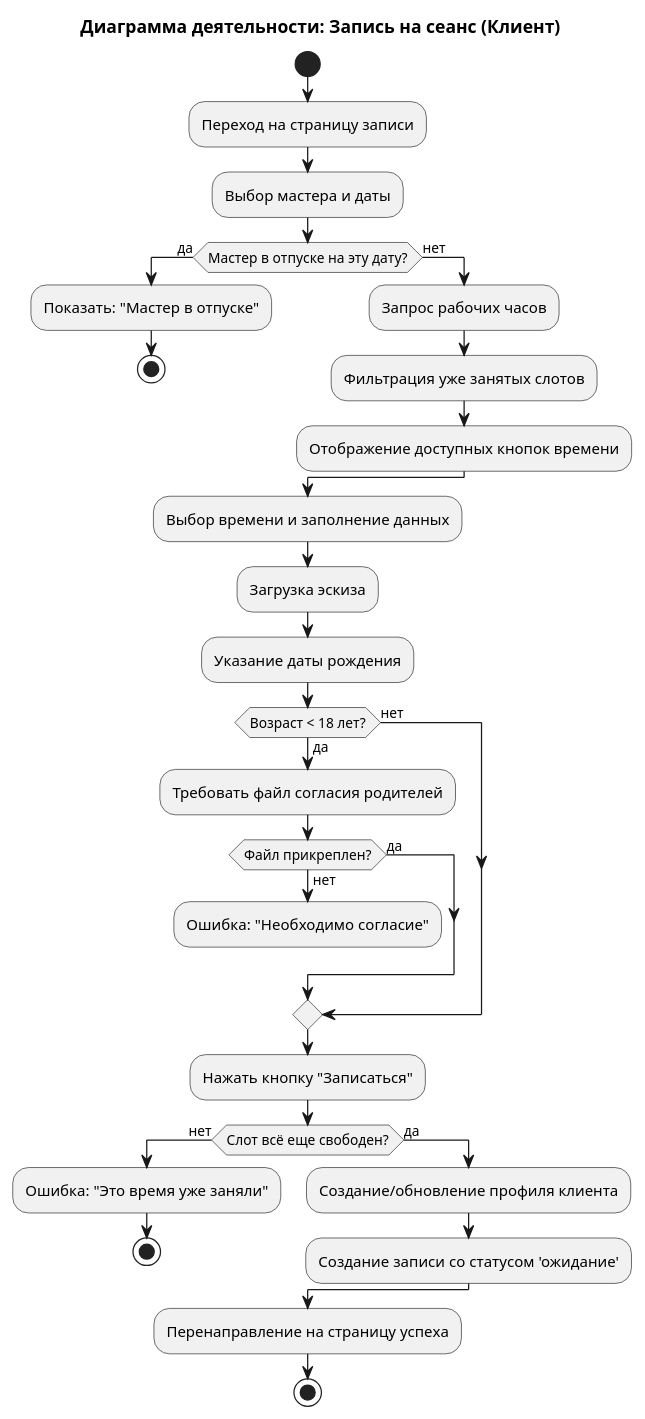
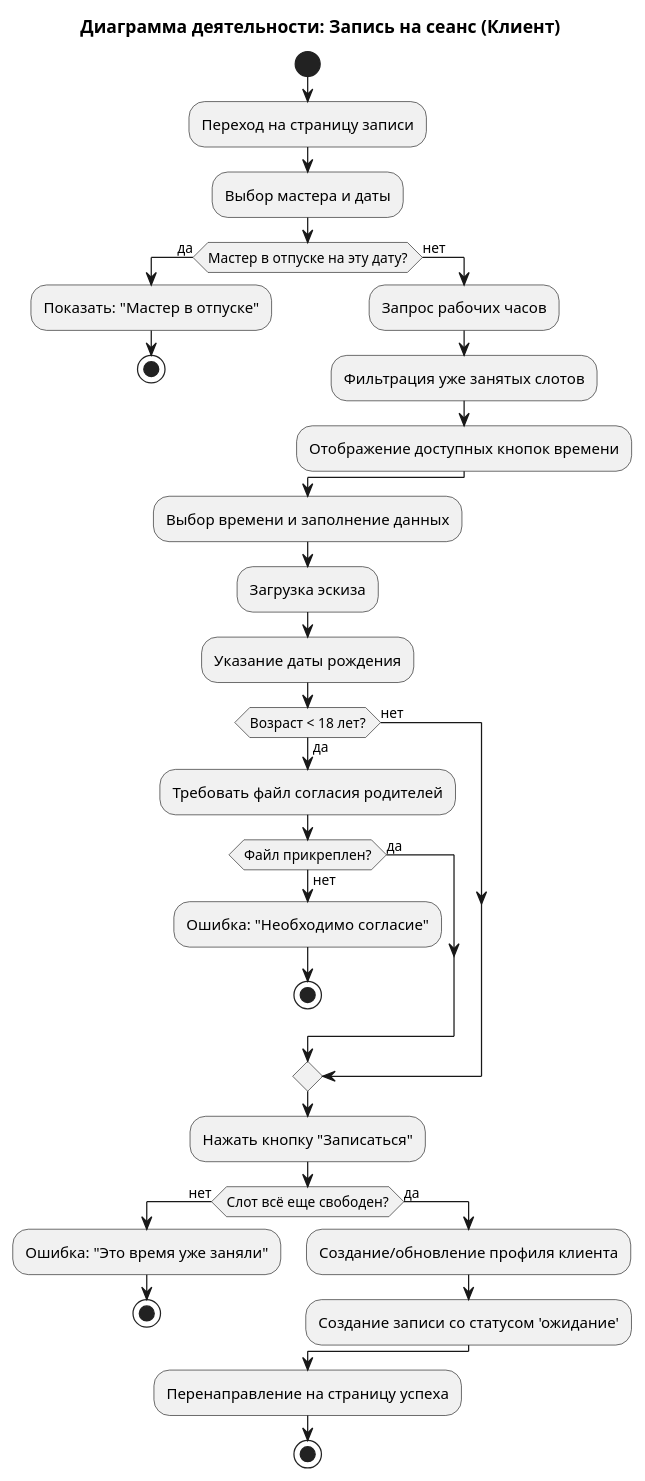
Before and after one commit to kr1ms0nh3ad/psychochainsaw_tattoo: the diagram in diagrams/activity/client/activity_client_1.puml, drawn with PlantUML. The commit also changed 11 other files, not shown here.

```diff
--- a/diagrams/activity/client/activity_client_1.puml
+++ b/diagrams/activity/client/activity_client_1.puml
@@ -1,43 +1,43 @@
 @startuml
 title Диаграмма деятельности: Запись на сеанс (Клиент)
 
 start
 :Переход на страницу записи;
 :Выбор мастера и даты;
 
 if (Мастер в отпуске на эту дату?) then (да)
     :Показать: "Мастер в отпуске";
     stop
 else (нет)
     :Запрос рабочих часов;
     :Фильтрация уже занятых слотов;
     :Отображение доступных кнопок времени;
 endif
 
 :Выбор времени и заполнение данных;
 :Загрузка эскиза;
 :Указание даты рождения;
 
 if (Возраст < 18 лет?) then (да)
     :Требовать файл согласия родителей;
     if (Файл прикреплен?) then (нет)
         :Ошибка: "Необходимо согласие";
-        detach
+        stop
     else (да)
     endif
 else (нет)
 endif
 
 :Нажать кнопку "Записаться";
 
 if (Слот всё еще свободен?) then (нет)
     :Ошибка: "Это время уже заняли";
     stop
 else (да)
     :Создание/обновление профиля клиента;
     :Создание записи со статусом 'ожидание';
 endif
 
 :Перенаправление на страницу успеха;
 stop
 @enduml
```
